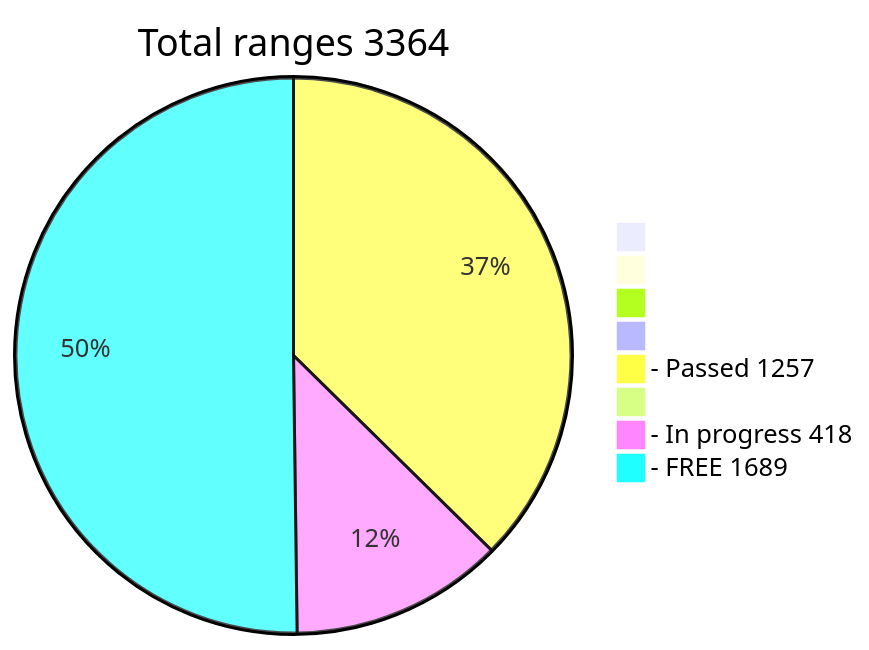
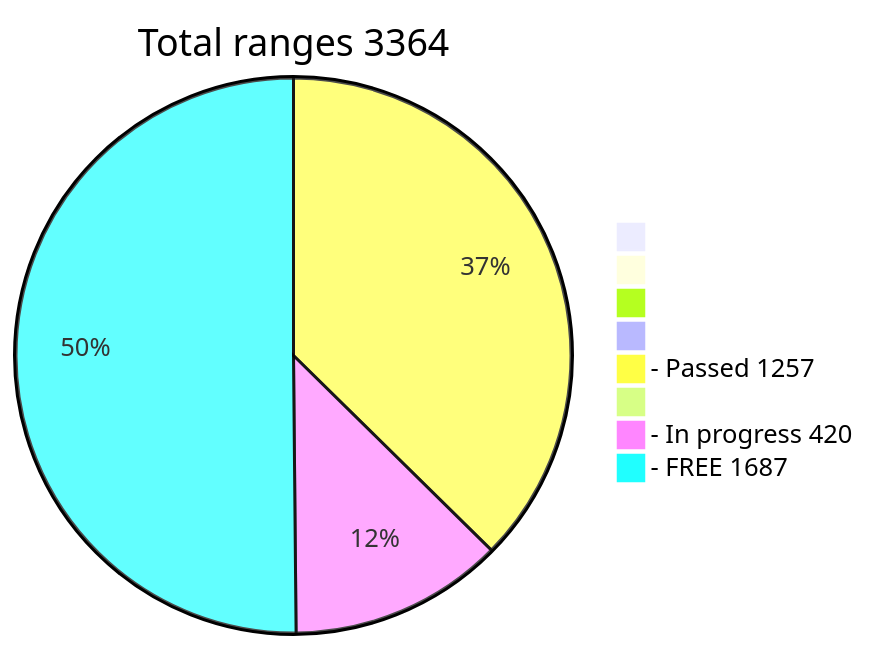
One commit to phrutis/wif500 changed the diagram in README.md. Above: the diagram before and after it, drawn with Mermaid.

````diff
--- a/README.md
+++ b/README.md
@@ -16,12 +16,12 @@
 ```mermaid
 pie title Total ranges 3364
              " " : 0
             "  " : 0
            "   " : 0
           "    " : 0
   "- Passed 1257" : 1257
          "     " : 0
-  "- In progress 418" : 418
-   "- FREE 1689" : 1689
+  "- In progress 420" : 420
+   "- FREE 1687" : 1687
    
 ```
````
